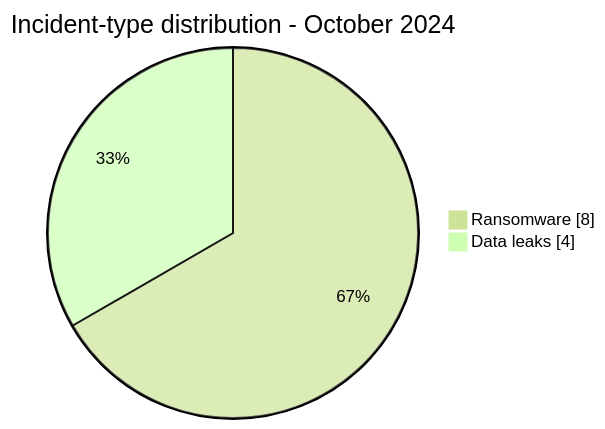
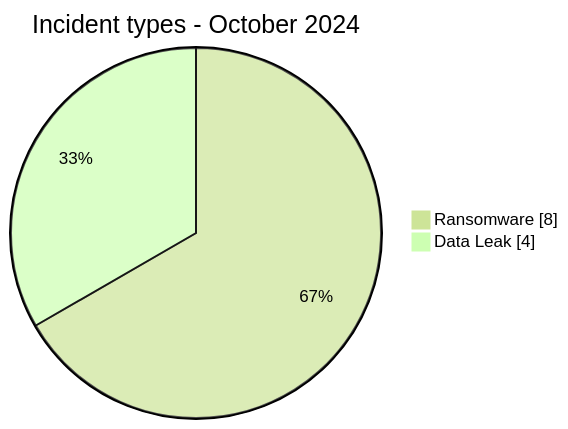
Before and after one commit to Hatchepsoute/AFRINTEL: the first of 3 diagrams in CyberAttackAfrica/2024/10-october/README.md, drawn with Mermaid (forest theme). The commit also changed other lines of this file and 60 other files, not shown here.

````diff
--- a/CyberAttackAfrica/2024/10-october/README.md
+++ b/CyberAttackAfrica/2024/10-october/README.md
@@ -55,6 +54,6 @@
 ```mermaid
 pie showData
-    title Incident-type distribution - October 2024
+    title Incident types - October 2024
     "Ransomware" : 8
-    "Data leaks" : 4
+    "Data Leak" : 4
 ```
````
